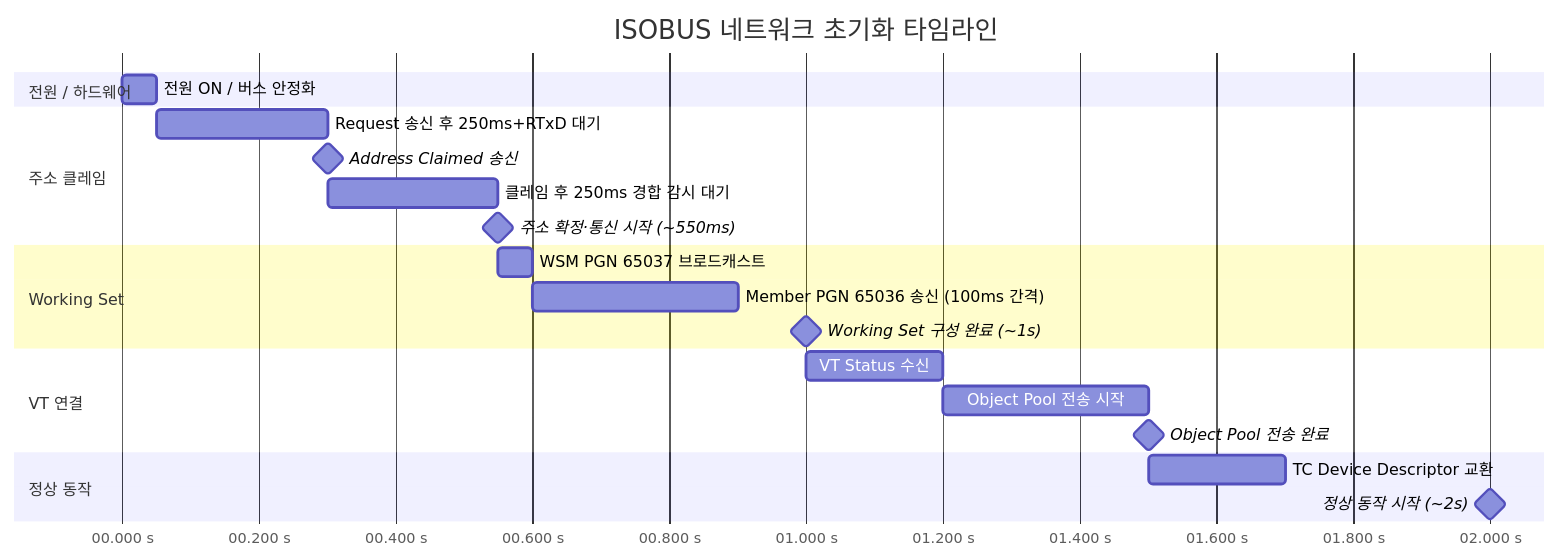
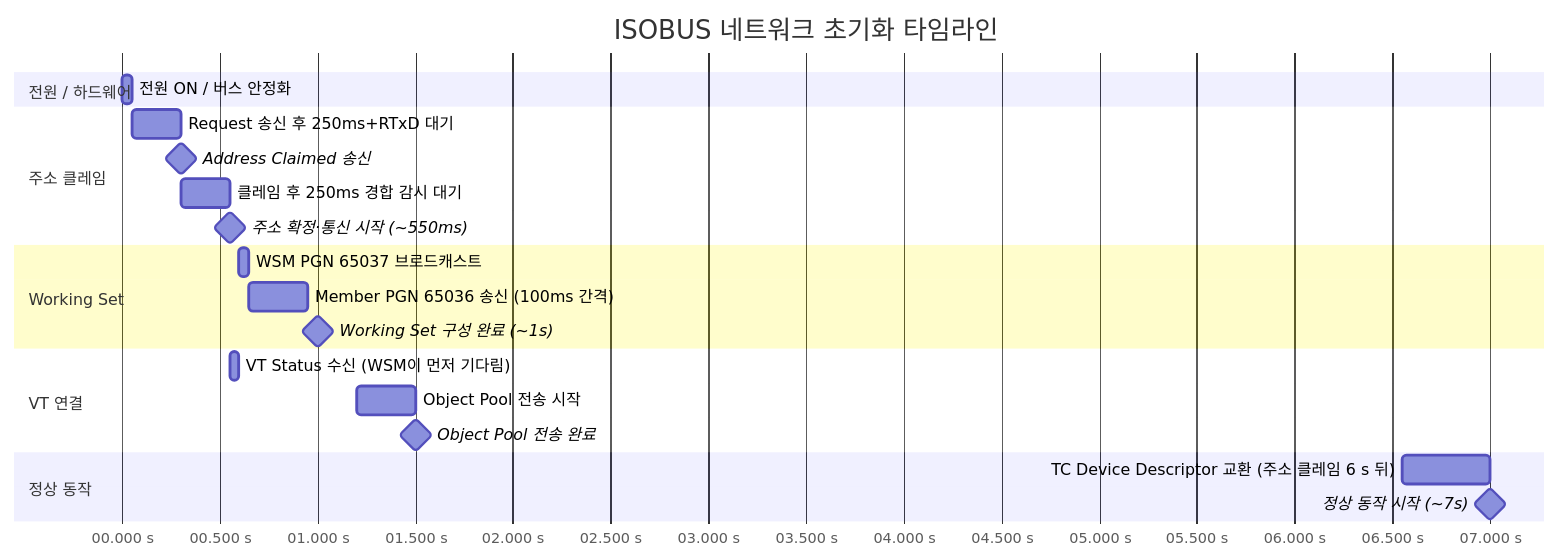
The fourth of 4 diagrams in docs/_study/isobus/14-isobus-network-mgmt.md (hobeen-kim/hobeen-kim.github.io), drawn with Mermaid before and after one commit. The commit also changed other lines of this file and 232 other files, not shown here.

````diff
--- a/docs/_study/isobus/14-isobus-network-mgmt.md
+++ b/docs/_study/isobus/14-isobus-network-mgmt.md
@@ -149,29 +152,29 @@
 ```mermaid
 gantt
     title ISOBUS 네트워크 초기화 타임라인
     dateFormat  ss.SSS
     axisFormat  %S.%L s
 
     section 전원 / 하드웨어
     전원 ON / 버스 안정화      : 00.000, 50ms
 
     section 주소 클레임
     Request 송신 후 250ms+RTxD 대기 : 00.050, 250ms
     Address Claimed 송신            : milestone, 00.300, 0ms
     클레임 후 250ms 경합 감시 대기  : 00.300, 250ms
     주소 확정·통신 시작 (~550ms)    : milestone, 00.550, 0ms
 
     section Working Set
-    WSM PGN 65037 브로드캐스트 : 00.550, 50ms
-    Member PGN 65036 송신 (100ms 간격) : 00.600, 300ms
+    WSM PGN 65037 브로드캐스트 : 00.600, 50ms
+    Member PGN 65036 송신 (100ms 간격) : 00.650, 300ms
     Working Set 구성 완료 (~1s): milestone, 01.000, 0ms
 
     section VT 연결
-    VT Status 수신             : 01.000, 200ms
+    VT Status 수신 (WSM이 먼저 기다림) : 00.550, 50ms
     Object Pool 전송 시작      : 01.200, 300ms
     Object Pool 전송 완료      : milestone, 01.500, 0ms
 
     section 정상 동작
-    TC Device Descriptor 교환  : 01.500, 200ms
-    정상 동작 시작 (~2s)       : milestone, 02.000, 0ms
+    TC Device Descriptor 교환 (주소 클레임 6 s 뒤) : 06.550, 450ms
+    정상 동작 시작 (~7s)       : milestone, 07.000, 0ms
 ```
````
